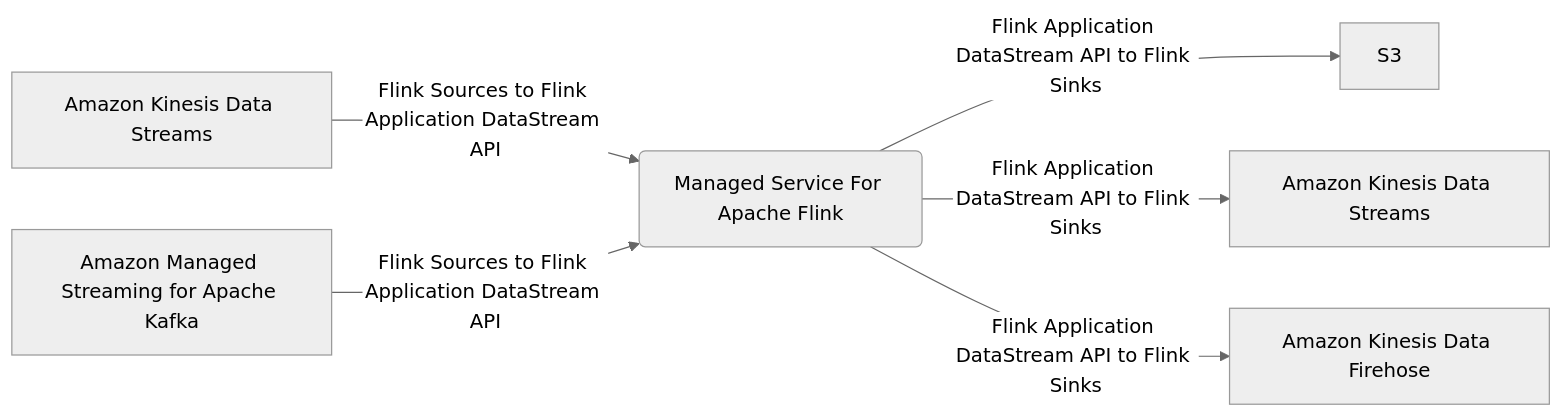
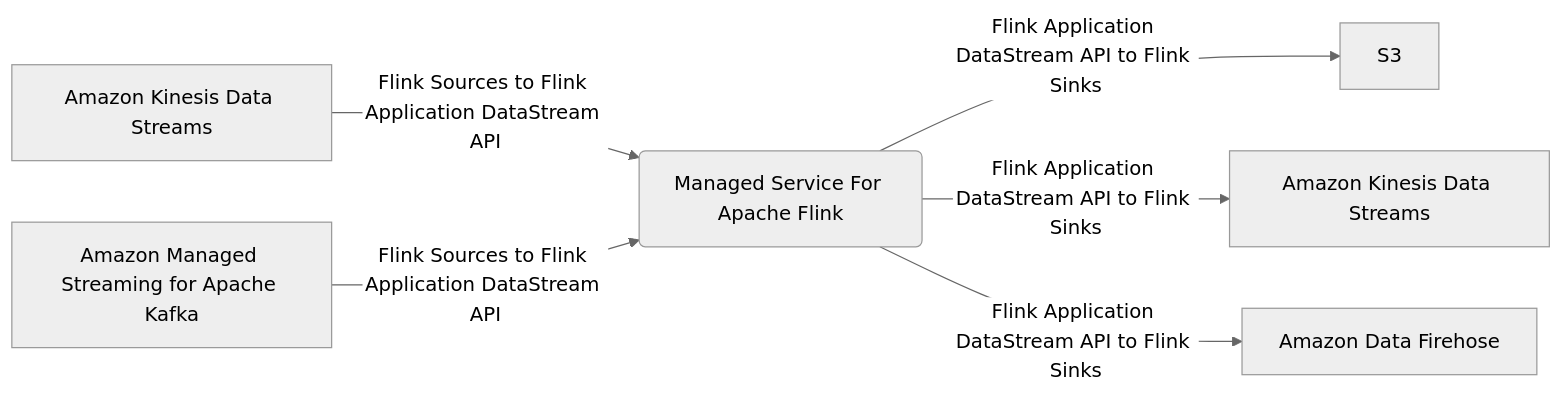
Before and after one commit to LongBu/AWS-MLS-C01-Study-Guide: the fifth of 10 diagrams in README.md, drawn with Mermaid (neutral theme). The commit also changed other lines of this file, not shown here.

Commit message:
Amazon Data Firehose

````diff
--- a/README.md
+++ b/README.md
@@ -628,8 +628,8 @@
 ```mermaid
 graph LR
     A[Amazon Kinesis Data Streams] -->|Flink Sources to Flink Application DataStream API| C(Managed Service For Apache Flink)
     B[Amazon Managed Streaming for Apache Kafka] -->|Flink Sources to Flink Application DataStream API| C
     C -->|Flink Application DataStream API to Flink Sinks| D[S3]
     C -->|Flink Application DataStream API to Flink Sinks| E[Amazon Kinesis Data Streams]
-    C -->|Flink Application DataStream API to Flink Sinks| F[Amazon Kinesis Data Firehose]
+    C -->|Flink Application DataStream API to Flink Sinks| F[Amazon Data Firehose]
 ```
````
